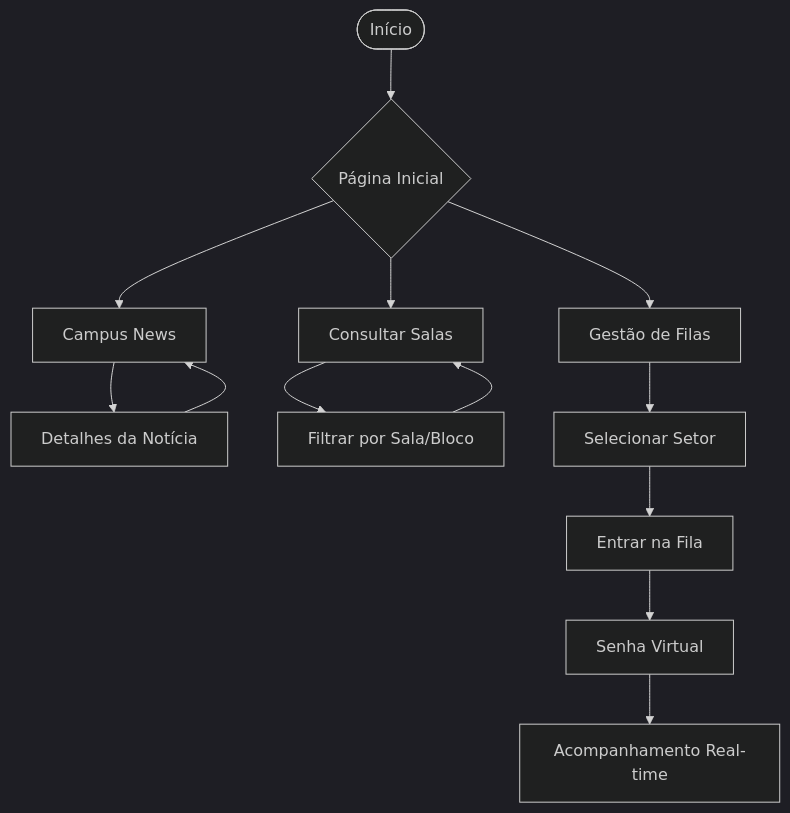
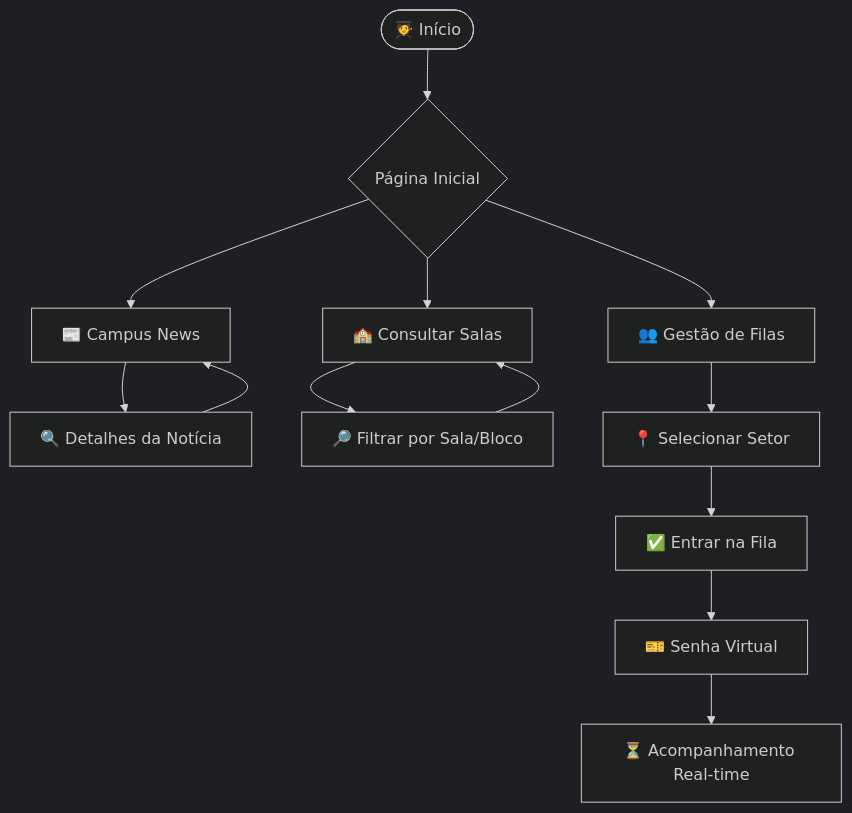
One commit to Shakaos/Campus-News changed the second of 2 diagrams in README.md. Above: the diagram before and after it, drawn with Mermaid (dark theme). The commit also changed other lines of this file and 1 other file, not shown here.

Commit message:
feat: Enhance diagrams with emojis
Add emojis to use case and flowchart diagrams in README.md and App.tsx to visually improve clarity and representiveness of actions.

````diff
--- a/README.md
+++ b/README.md
@@ -46,18 +46,18 @@
 ```mermaid
 flowchart TD
-    Start([Início]) --> Home{Página Inicial}
+    Start([🧑‍🎓 Início]) --> Home{Página Inicial}
     
-    Home --> News[Campus News]
-    News --> Detail[Detalhes da Notícia]
+    Home --> News[📰 Campus News]
+    News --> Detail[🔍 Detalhes da Notícia]
     Detail --> News
     
-    Home --> Rooms[Consultar Salas]
-    Rooms --> Search[Filtrar por Sala/Bloco]
+    Home --> Rooms[🏫 Consultar Salas]
+    Rooms --> Search[🔎 Filtrar por Sala/Bloco]
     Search --> Rooms
     
-    Home --> Queue[Gestão de Filas]
-    Queue --> Select[Selecionar Setor]
-    Select --> Join[Entrar na Fila]
-    Join --> Ticket[Senha Virtual]
-    Ticket --> Waiting[Acompanhamento Real-time]
+    Home --> Queue[👥 Gestão de Filas]
+    Queue --> Select[📍 Selecionar Setor]
+    Select --> Join[✅ Entrar na Fila]
+    Join --> Ticket[🎫 Senha Virtual]
+    Ticket --> Waiting[⏳ Acompanhamento Real-time]
 ```
````
